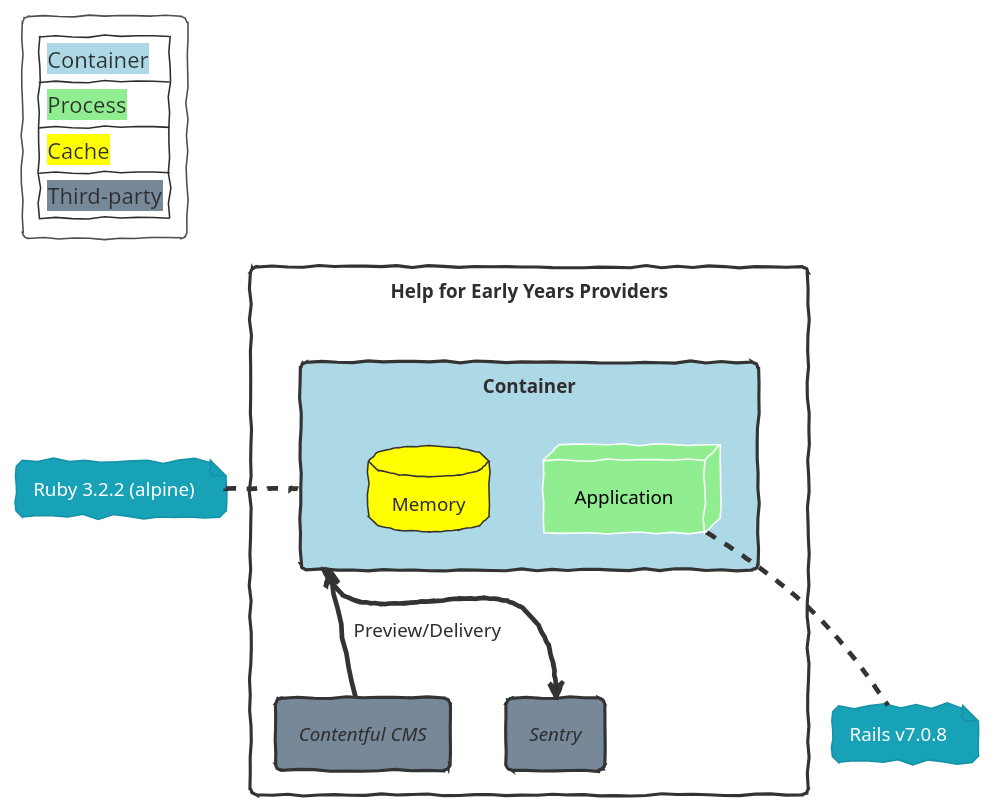
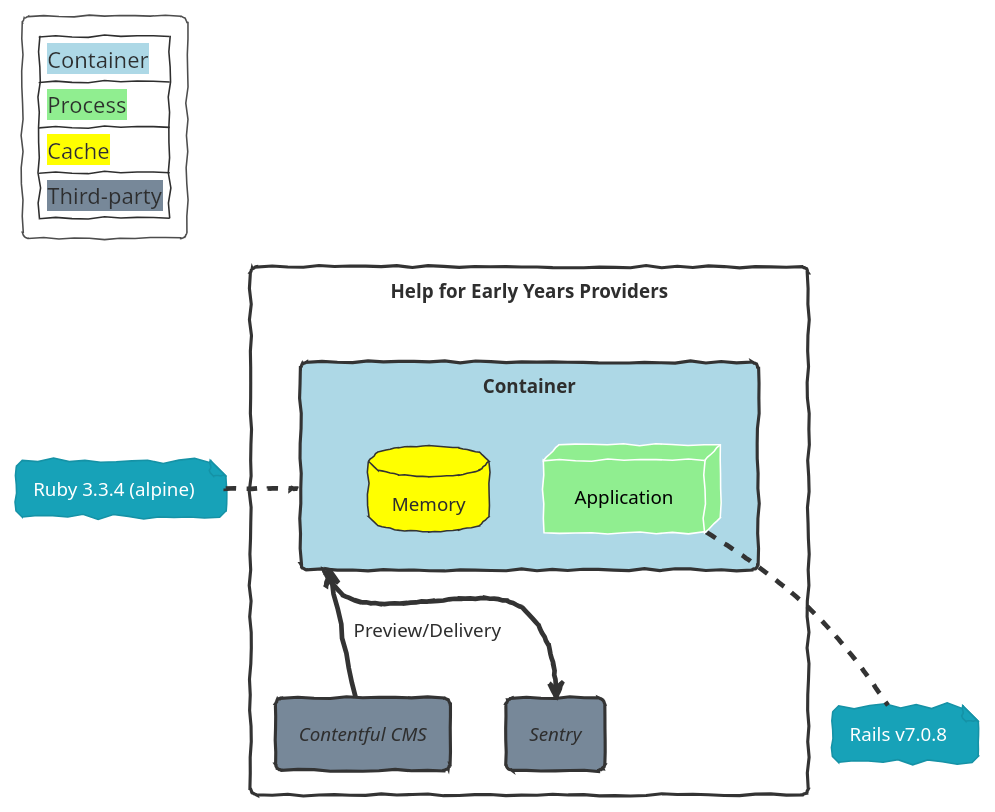
Before and after one commit to DFE-Digital/early-years-foundation-reform: the diagram in uml/application.puml, drawn with PlantUML. The commit also changed 9 other files, not shown here.

```diff
--- a/uml/application.puml
+++ b/uml/application.puml
@@ -1,49 +1,49 @@
 @startuml
 !theme sketchy-outline
 hide stereotype
 
 <style>
   .app {
     BackgroundColor LightBlue
   }
   .process {
     BackgroundColor LightGreen
     FontColor Black
   }
   .cache {
     BackgroundColor Yellow
   }
   .service {
     BackgroundColor LightSlateGray
     FontStyle italic
   }
 }
 </style>
 
 
 legend top left
 |<back:LightBlue>Container|
 |<back:LightGreen>Process|
 |<back:Yellow>Cache|
 |<back:LightSlateGrey>Third-party|
 endlegend
 
 
 rectangle "Help for Early Years Providers" {
   rectangle "Container" as app <<app>> {
     node "Application" as web <<process>>
     database "Memory" as app_cache <<cache>>
   }
 
   rectangle "Contentful CMS" as content <<service>>
 
   rectangle "Sentry" as alert <<service>>
 }
 
-note left of app: Ruby 3.2.2 (alpine)
+note left of app: Ruby 3.3.4 (alpine)
 note bottom of web: Rails v7.0.8
 
 app <-- content: Preview/Delivery
 app --> alert
 
 @enduml
```
